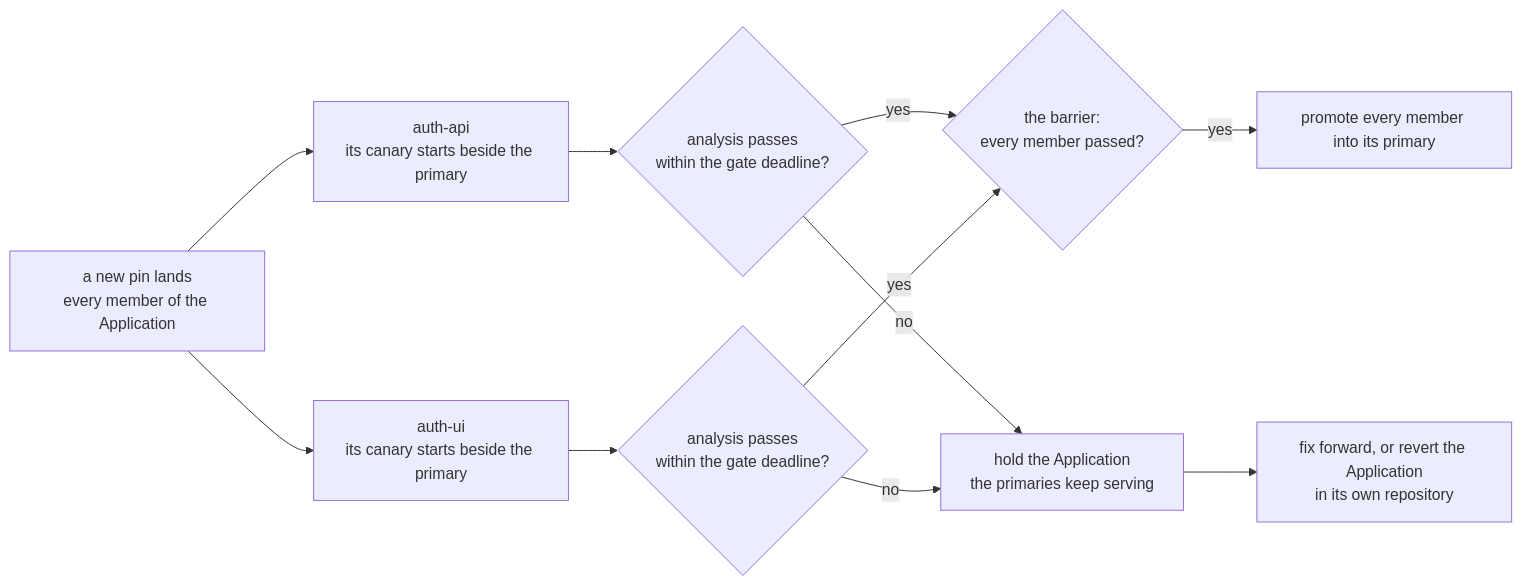
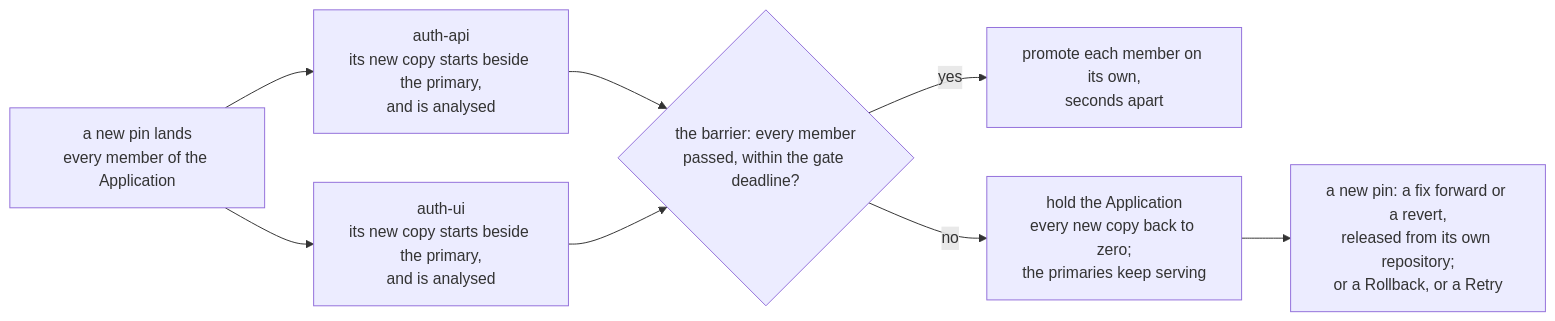
The first of 2 diagrams in spec/v1/50-lifecycle.md (JorisJonkers-dev/deploy-kit), drawn with Mermaid before and after one commit. The commit also changed other lines of this file and 2 other files, not shown here.

Commit message:
docs(spec): redraw the lifecycle diagrams: the barrier then a staggered promotion, and a release tag as the trigger

````diff
--- a/spec/v1/50-lifecycle.md
+++ b/spec/v1/50-lifecycle.md
@@ -285,13 +285,10 @@
 ```mermaid
 flowchart LR
-    N["a new pin lands<br/>every member of the Application"] --> A1["auth-api<br/>its canary starts beside the primary"]
-    N --> A2["auth-ui<br/>its canary starts beside the primary"]
-    A1 --> P1{"analysis passes<br/>within the gate deadline?"}
-    A2 --> P2{"analysis passes<br/>within the gate deadline?"}
-    P1 -->|yes| K{"the barrier:<br/>every member passed?"}
-    P2 -->|yes| K
-    P1 -->|no| H["hold the Application<br/>the primaries keep serving"]
-    P2 -->|no| H
-    K -->|yes| SW["promote every member into its primary"]
-    H --> RB["fix forward, or revert the Application<br/>in its own repository"]
+    N["a new pin lands<br/>every member of the Application"] --> A1["auth-api<br/>its new copy starts beside the primary,<br/>and is analysed"]
+    N --> A2["auth-ui<br/>its new copy starts beside the primary,<br/>and is analysed"]
+    A1 --> K{"the barrier: every member<br/>passed, within the gate deadline?"}
+    A2 --> K
+    K -->|yes| SW["promote each member on its own,<br/>seconds apart"]
+    K -->|no| H["hold the Application<br/>every new copy back to zero;<br/>the primaries keep serving"]
+    H --> RB["a new pin: a fix forward or a revert,<br/>released from its own repository;<br/>or a Rollback, or a Retry"]
 ```
````
